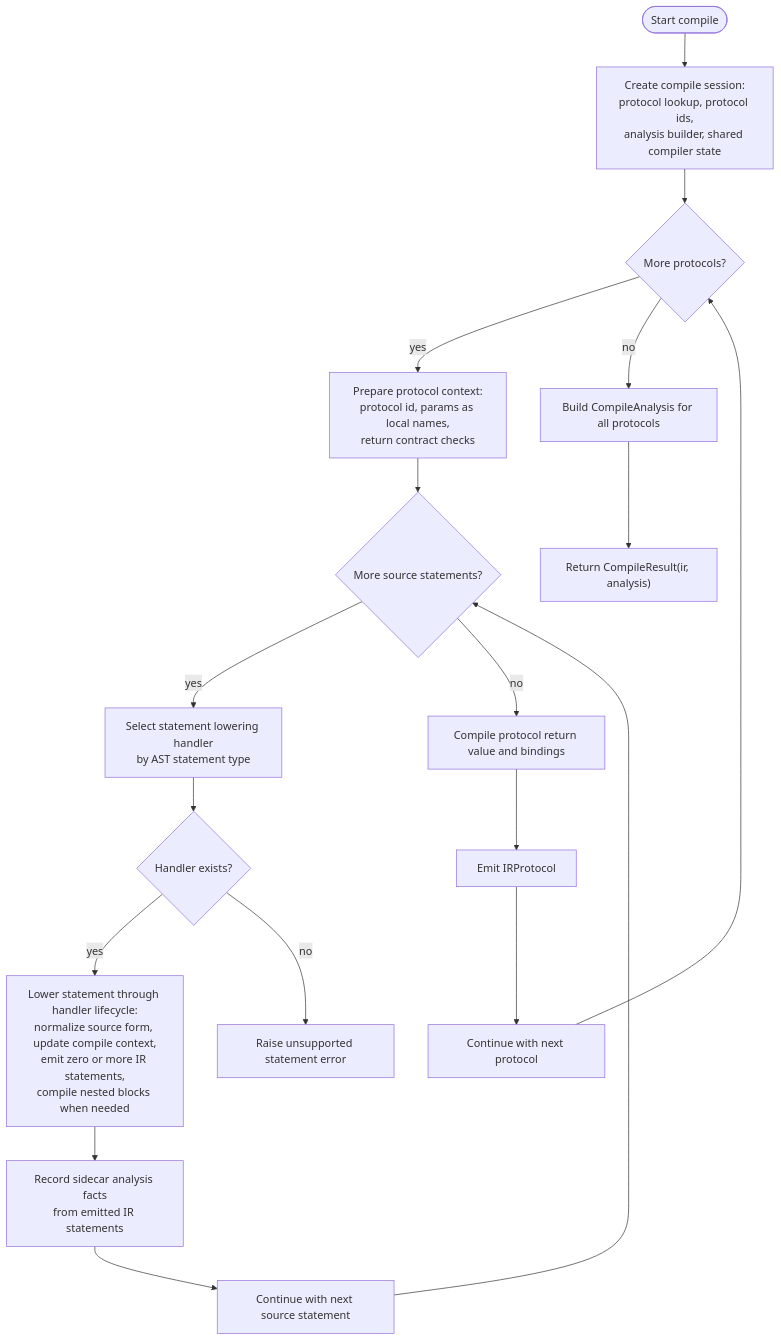
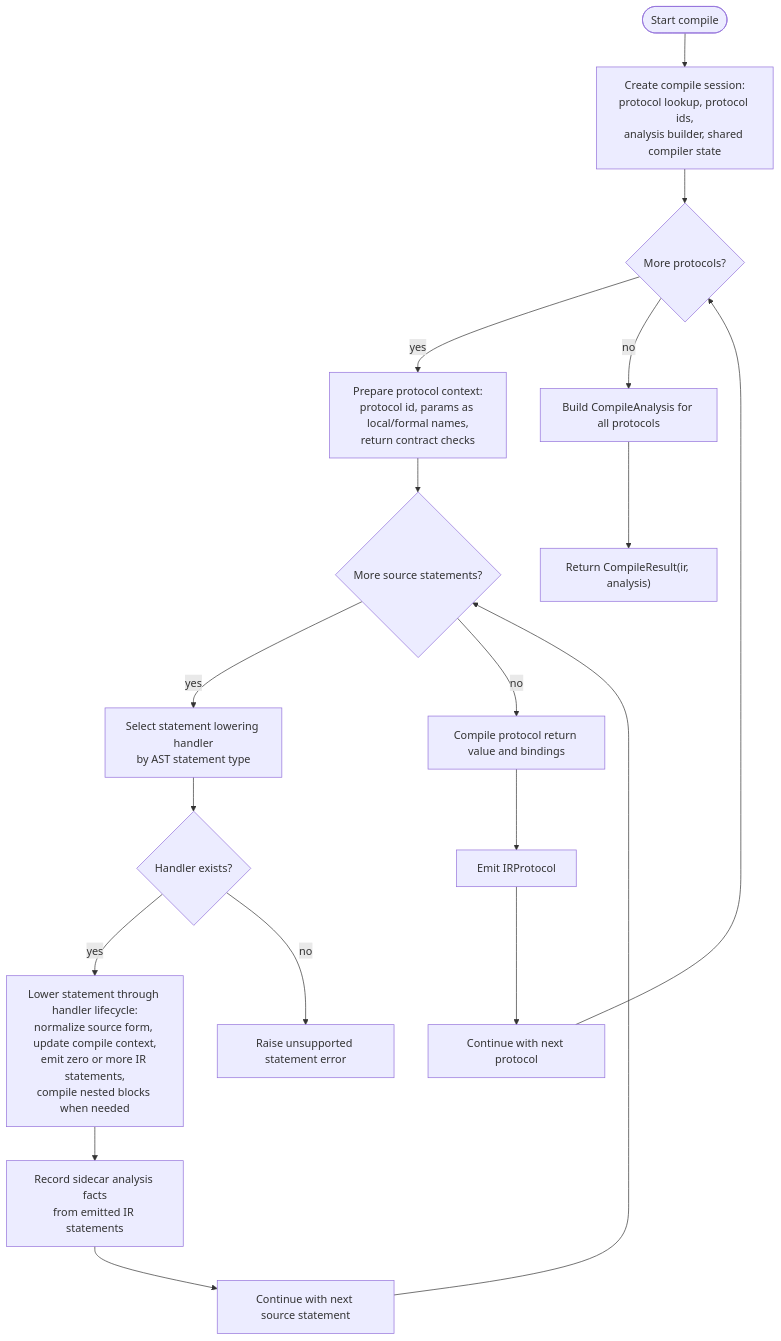
One commit to culsma/culsma changed the first of 6 diagrams in docs/architecture/compile_module_diagrams.md. Above: the diagram before and after it, drawn with Mermaid. The commit also changed other lines of this file and 24 other files, not shown here.

Commit message:
fix(params): support formal params in static control

````diff
--- a/docs/architecture/compile_module_diagrams.md
+++ b/docs/architecture/compile_module_diagrams.md
@@ -25,40 +31,40 @@
 ```mermaid
 flowchart TB
     Start([Start compile])
     Session["Create compile session:<br/>protocol lookup, protocol ids,<br/>analysis builder, shared compiler state"]
     ProtocolLoop{"More protocols?"}
-    ProtocolSetup["Prepare protocol context:<br/>protocol id, params as local names,<br/>return contract checks"]
+    ProtocolSetup["Prepare protocol context:<br/>protocol id, params as local/formal names,<br/>return contract checks"]
     StatementLoop{"More source statements?"}
     Dispatch["Select statement lowering handler<br/>by AST statement type"]
     HandlerFound{"Handler exists?"}
     LowerStatement["Lower statement through handler lifecycle:<br/>normalize source form, update compile context,<br/>emit zero or more IR statements,<br/>compile nested blocks when needed"]
     RecordAnalysis["Record sidecar analysis facts<br/>from emitted IR statements"]
     NextStatement["Continue with next source statement"]
     ReturnLowering["Compile protocol return value and bindings"]
     EmitProtocol["Emit IRProtocol"]
     NextProtocol["Continue with next protocol"]
     BuildAnalysis["Build CompileAnalysis for all protocols"]
     Return["Return CompileResult(ir, analysis)"]
     Unsupported["Raise unsupported statement error"]
 
     Start --> Session
     Session --> ProtocolLoop
     ProtocolLoop -->|yes| ProtocolSetup
     ProtocolSetup --> StatementLoop
 
     StatementLoop -->|yes| Dispatch
     Dispatch --> HandlerFound
     HandlerFound -->|yes| LowerStatement
     HandlerFound -->|no| Unsupported
     LowerStatement --> RecordAnalysis
     RecordAnalysis --> NextStatement
     NextStatement --> StatementLoop
 
     StatementLoop -->|no| ReturnLowering
     ReturnLowering --> EmitProtocol
     EmitProtocol --> NextProtocol
     NextProtocol --> ProtocolLoop
 
     ProtocolLoop -->|no| BuildAnalysis
     BuildAnalysis --> Return
 ```
````
